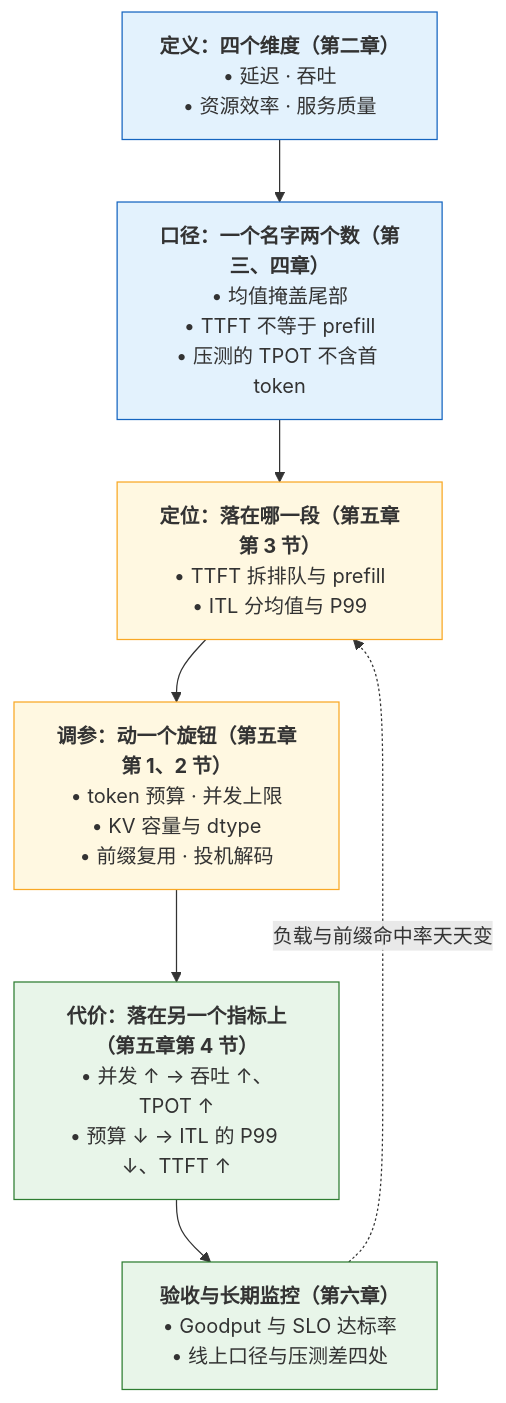
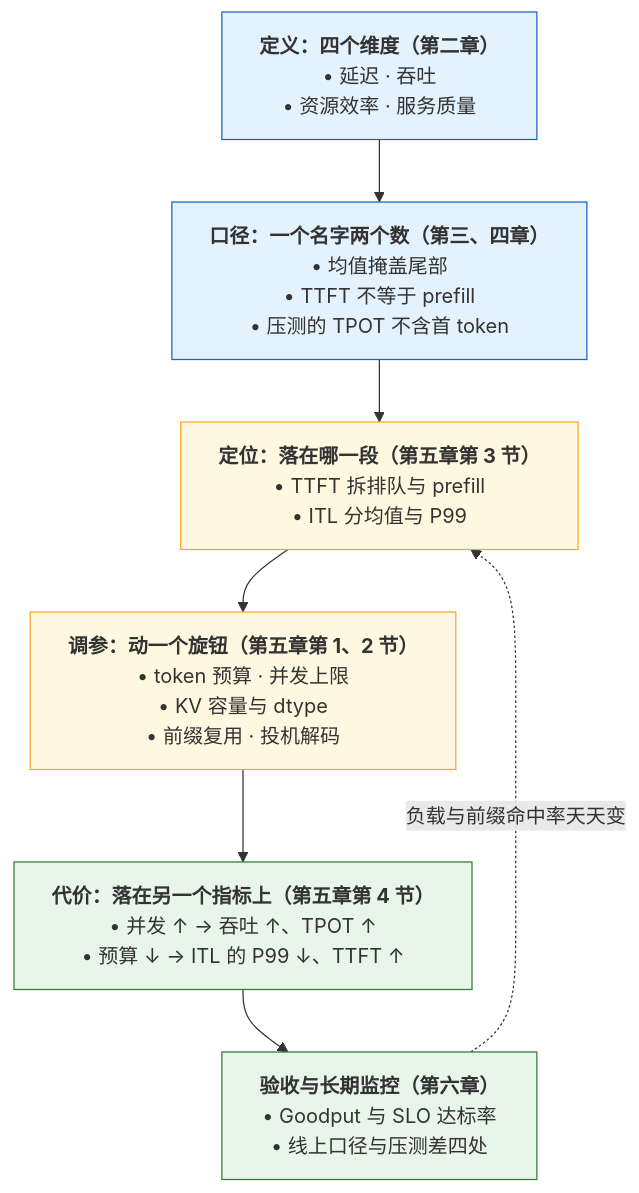
The first of 3 diagrams in _posts/2026-08-13-how-to-measure-llm-serving.md (arganzheng/arganzheng.github.com), drawn with Mermaid before and after one commit.

Commit message:
大模型推理系统揭秘（02）：主线图的标签收紧并设 wrappingWidth，避免被缩到小字
- 图的自然尺寸从 446×977 收到 524×872，缩放 1.0
- 被图里省掉的四维指标名与常用旋钮清单补进逐节点要点

````diff
--- a/_posts/2026-08-13-how-to-measure-llm-serving.md
+++ b/_posts/2026-08-13-how-to-measure-llm-serving.md
@@ -27,16 +27,17 @@
 ```mermaid
+%%{init: {"flowchart": {"wrappingWidth": 460}}}%%
 %% 图：本篇主线：指标从定义、口径、定位、调参、代价到验收的闭环
 flowchart TB
     D["<b>定义：四个维度（第二章）</b><br/>• 延迟 · 吞吐<br/>• 资源效率 · 服务质量"] --> M["<b>口径：一个名字两个数（第三、四章）</b><br/>• 均值掩盖尾部<br/>• TTFT 不等于 prefill<br/>• 压测的 TPOT 不含首 token"]
     M --> L["<b>定位：落在哪一段（第五章第 3 节）</b><br/>• TTFT 拆排队与 prefill<br/>• ITL 分均值与 P99"]
     L --> K["<b>调参：动一个旋钮（第五章第 1、2 节）</b><br/>• token 预算 · 并发上限<br/>• KV 容量与 dtype<br/>• 前缀复用 · 投机解码"]
     K --> C["<b>代价：落在另一个指标上（第五章第 4 节）</b><br/>• 并发 ↑ → 吞吐 ↑、TPOT ↑<br/>• 预算 ↓ → ITL 的 P99 ↓、TTFT ↑"]
     C --> V["<b>验收与长期监控（第六章）</b><br/>• Goodput 与 SLO 达标率<br/>• 线上口径与压测差四处"]
     V -.->|"负载与前缀命中率天天变"| L
     classDef def fill:#e3f2fd,stroke:#1565c0;
     classDef act fill:#fff8e1,stroke:#f9a825;
     classDef out fill:#e8f5e9,stroke:#2e7d32;
     class D,M def;
     class L,K act;
     class C,V out;
 ```
````
